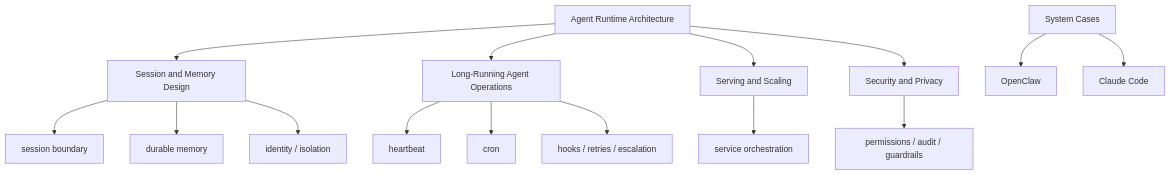
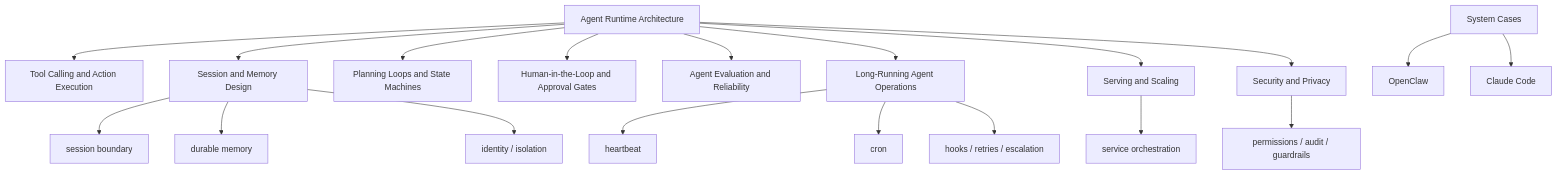
The diagram in 01-Areas/AI-Engineering/08-Maps/Agent Runtime Engineering Map.md (superliyang/tony-2026), drawn with Mermaid before and after one commit. The commit also changed other lines of this file and 42 other files, not shown here.

````diff
--- a/01-Areas/AI-Engineering/08-Maps/Agent Runtime Engineering Map.md
+++ b/01-Areas/AI-Engineering/08-Maps/Agent Runtime Engineering Map.md
@@ -13,21 +13,25 @@
 ```mermaid
 flowchart TD
-  A["Agent Runtime Architecture"] --> B["Session and Memory Design"]
+  A["Agent Runtime Architecture"] --> A1["Tool Calling and Action Execution"]
+  A --> B["Session and Memory Design"]
+  A --> A2["Planning Loops and State Machines"]
+  A --> A3["Human-in-the-Loop and Approval Gates"]
+  A --> A4["Agent Evaluation and Reliability"]
   A --> C["Long-Running Agent Operations"]
   A --> D["Serving and Scaling"]
   A --> E["Security and Privacy"]
 
   B --> B1["session boundary"]
   B --> B2["durable memory"]
   B --> B3["identity / isolation"]
 
   C --> C1["heartbeat"]
   C --> C2["cron"]
   C --> C3["hooks / retries / escalation"]
 
   D --> D1["service orchestration"]
   E --> E1["permissions / audit / guardrails"]
 
   F["System Cases"] --> G["OpenClaw"]
   F --> H["Claude Code"]
 ```
````
